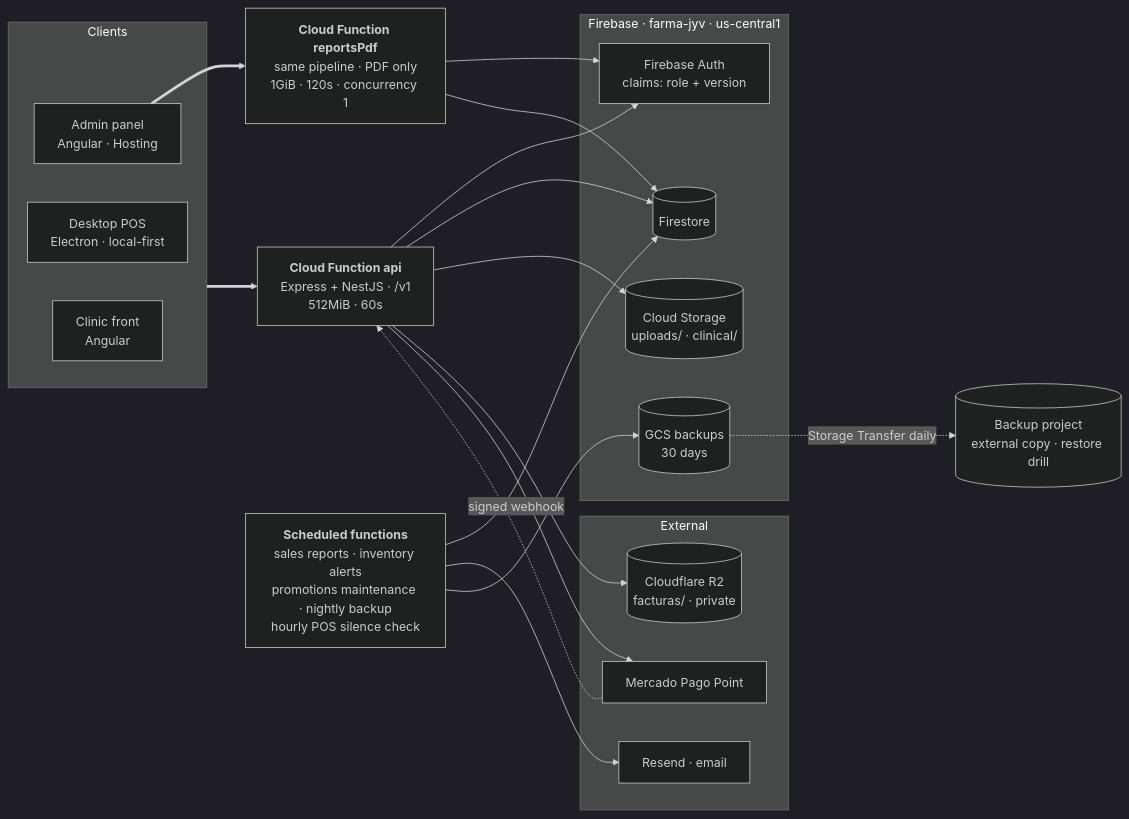
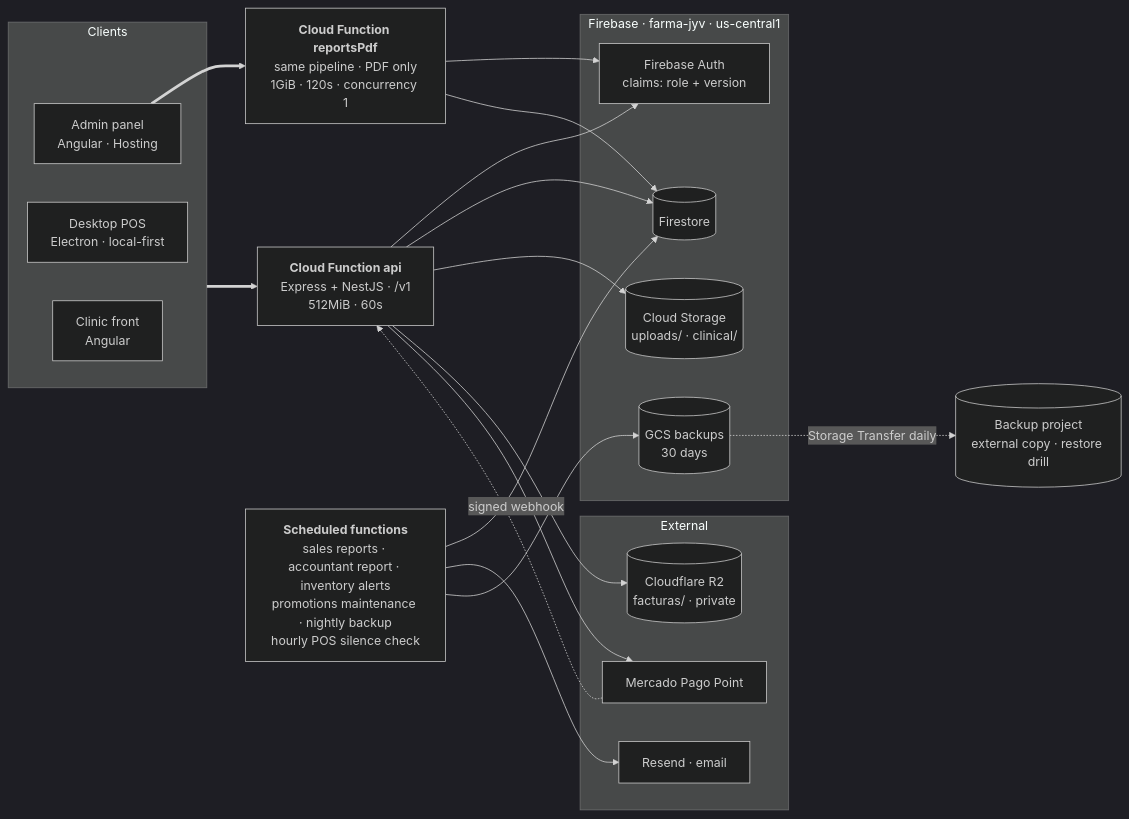
Before and after one commit to dev-jyv/backend-farma-jyv: the first of 2 diagrams in CLAUDE.md, drawn with Mermaid (dark theme). The commit also changed other lines of this file and 4 other files, not shown here.

````diff
--- a/CLAUDE.md
+++ b/CLAUDE.md
@@ -21,43 +21,43 @@
 ```mermaid
 flowchart LR
     subgraph clients["Clients"]
         admin["Admin panel<br/>Angular · Hosting"]
         pos["Desktop POS<br/>Electron · local-first"]
         clinic["Clinic front<br/>Angular"]
     end
 
     api["<b>Cloud Function api</b><br/>Express + NestJS · /v1<br/>512MiB · 60s"]
     pdf["<b>Cloud Function reportsPdf</b><br/>same pipeline · PDF only<br/>1GiB · 120s · concurrency 1"]
-    crons["<b>Scheduled functions</b><br/>sales reports · inventory alerts<br/>promotions maintenance · nightly backup<br/>hourly POS silence check"]
+    crons["<b>Scheduled functions</b><br/>sales reports · accountant report · inventory alerts<br/>promotions maintenance · nightly backup<br/>hourly POS silence check"]
 
     subgraph data["Firebase · farma-jyv · us-central1"]
         auth["Firebase Auth<br/>claims: role + version"]
         fs[("Firestore")]
         gcs[("Cloud Storage<br/>uploads/ · clinical/")]
         backups[("GCS backups<br/>30 days")]
     end
 
     extbk[("Backup project<br/>external copy · restore drill")]
 
     subgraph ext["External"]
         mp["Mercado Pago Point"]
         r2[("Cloudflare R2<br/>facturas/ · private")]
         resend["Resend · email"]
     end
 
     clients ==> api
     admin ==> pdf
     pdf --> auth
     pdf --> fs
     api --> auth
     api --> fs
     api --> gcs
     api --> r2
     api --> mp
     mp -. "signed webhook" .-> api
 
     crons --> fs
     crons --> resend
     crons --> backups
     backups -. "Storage Transfer daily" .-> extbk
 ```
````
